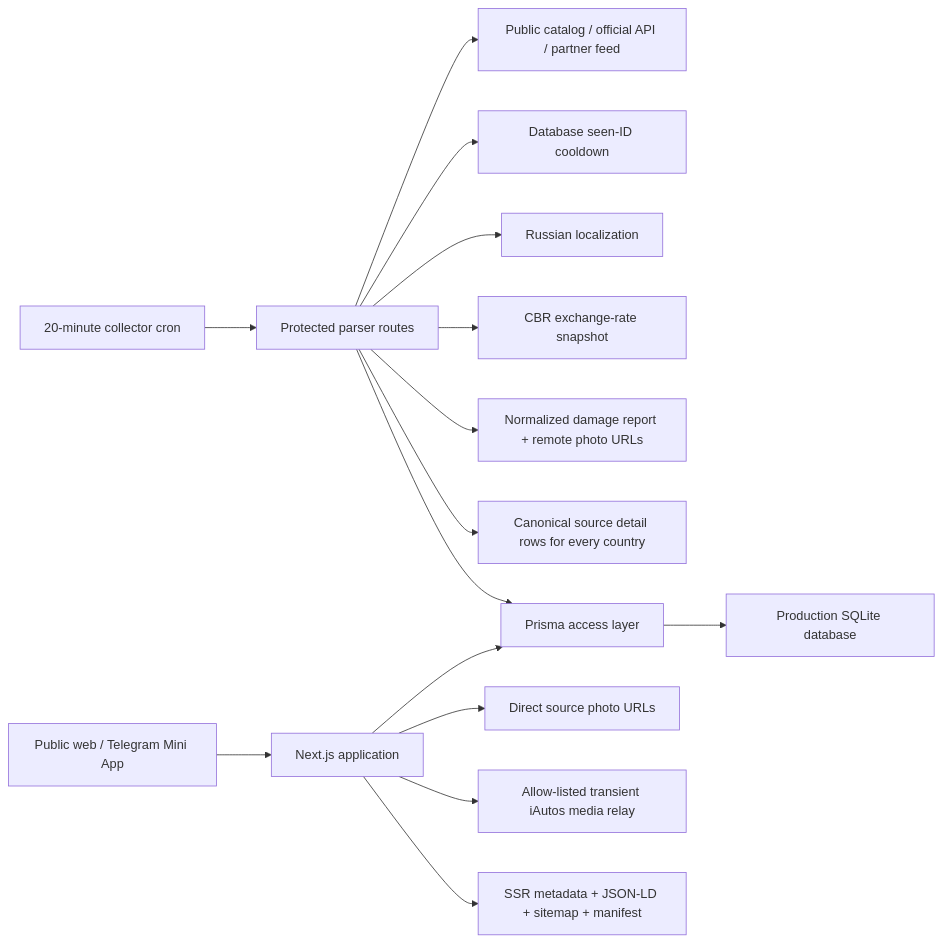
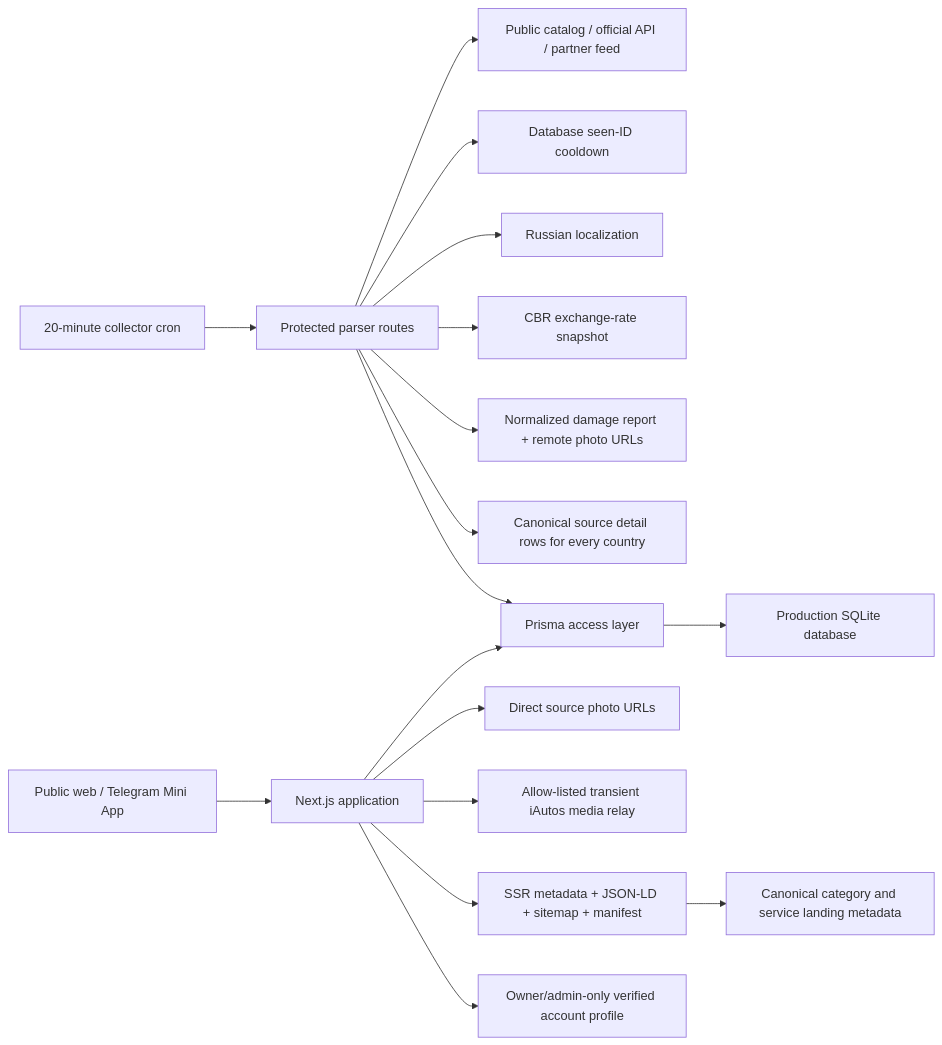
One commit to microsecret/automart changed the first of 6 diagrams in docs/PROJECT_GRAPH.md. Above: the diagram before and after it, drawn with Mermaid. The commit also changed other lines of this file and 22 other files, not shown here.

Commit message:
feat: unify account search auction data and SEO

````diff
--- a/docs/PROJECT_GRAPH.md
+++ b/docs/PROJECT_GRAPH.md
@@ -8,17 +8,19 @@
 ```mermaid
 flowchart LR
   Browser["Public web / Telegram Mini App"] --> Next["Next.js application"]
   Next --> Prisma["Prisma access layer"]
   Prisma --> SQLite["Production SQLite database"]
   Cron["20-minute collector cron"] --> Parser["Protected parser routes"]
   Parser --> Sources["Public catalog / official API / partner feed"]
   Parser --> SeenStore["Database seen-ID cooldown"]
   Parser --> Translate["Russian localization"]
   Parser --> Rates["CBR exchange-rate snapshot"]
   Parser --> Inspection["Normalized damage report + remote photo URLs"]
   Parser --> UnifiedSpecs["Canonical source detail rows for every country"]
   Parser --> Prisma
   Next --> Media["Direct source photo URLs"]
   Next --> IautosMedia["Allow-listed transient iAutos media relay"]
   Next --> SEO["SSR metadata + JSON-LD + sitemap + manifest"]
+  Next --> PrivateProfile["Owner/admin-only verified account profile"]
+  SEO --> LandingMetadata["Canonical category and service landing metadata"]
 ```
````
